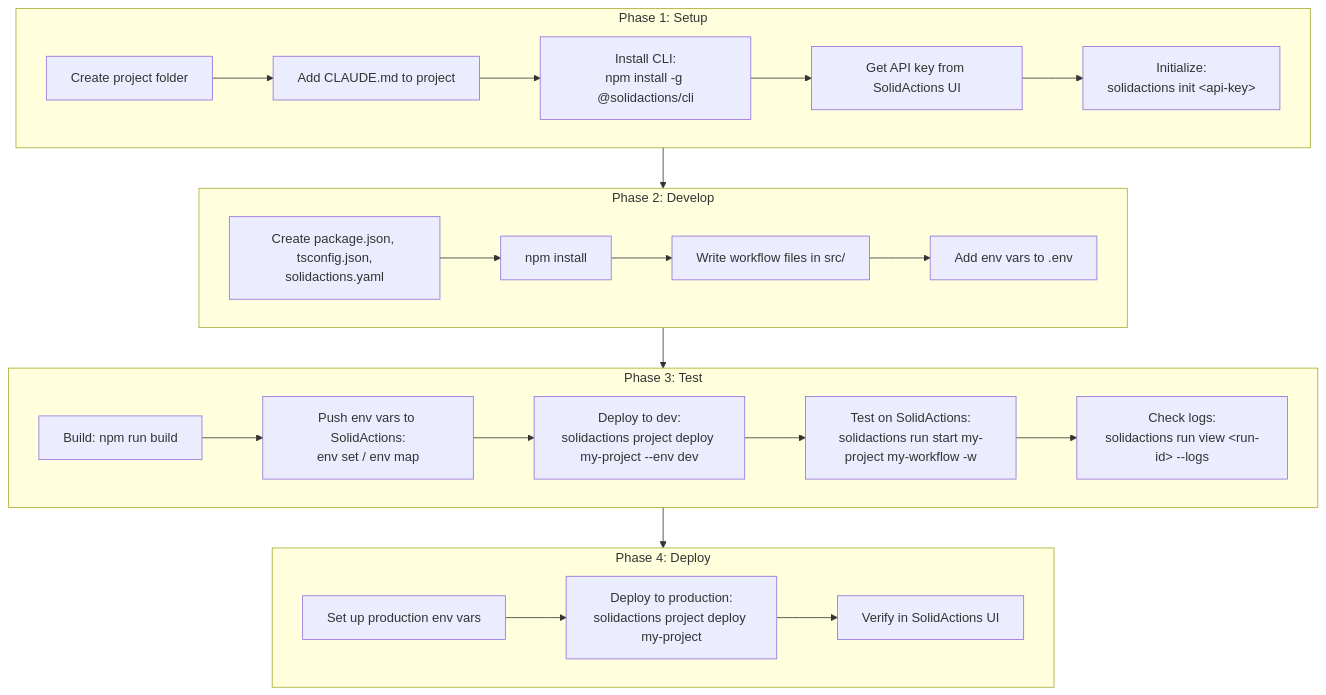
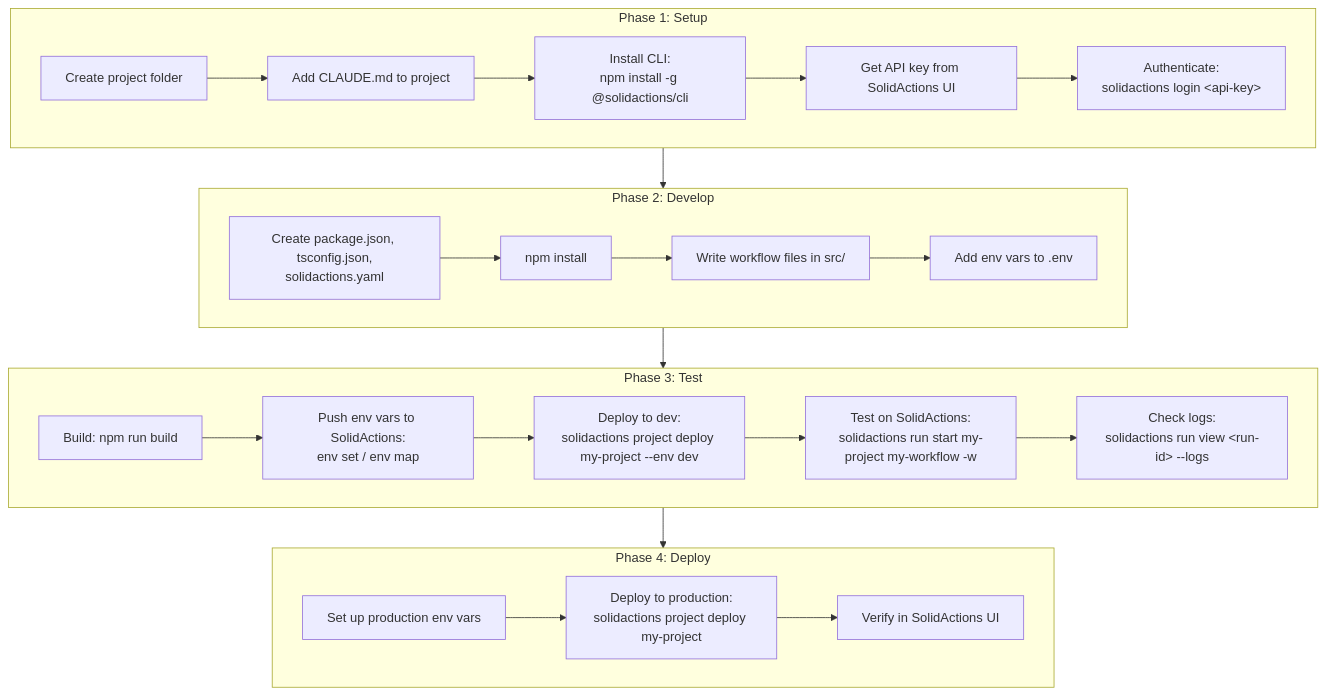
Before and after one commit to SolidActions/solidactions-examples: the diagram in workflow.md, drawn with Mermaid. The commit also changed other lines of this file and 1 other file, not shown here.

Commit message:
docs: update README + workflow.md for CLI 1.7.x rename (init → login)
Quick Start in README showed `solidactions init <your-api-key>` for
CLI auth — now `solidactions login <your-api-key>`. workflow.md Phase
1 diagram + prose updated to match (Authenticate, not Initialize).

Broader staleness in workflow.md Phase 1 step 2 ("Add CLAUDE.md") and
Phase 2 step 1 ("Create config files") remains — those are manual
steps that `solidactions init <dir>` now does in one command. Deferred
to a separate workflow.md rewrite.

````diff
--- a/workflow.md
+++ b/workflow.md
@@ -5,31 +5,31 @@
 ```mermaid
 graph TD
     subgraph Setup["Phase 1: Setup"]
         S1[Create project folder] --> S2[Add CLAUDE.md to project]
         S2 --> S3["Install CLI:<br/>npm install -g @solidactions/cli"]
         S3 --> S4[Get API key from SolidActions UI]
-        S4 --> S5["Initialize:<br/>solidactions init &lt;api-key&gt;"]
+        S4 --> S5["Authenticate:<br/>solidactions login &lt;api-key&gt;"]
     end
 
     subgraph Develop["Phase 2: Develop"]
         D1["Create package.json, tsconfig.json,<br/>solidactions.yaml"] --> D2["npm install"]
         D2 --> D3["Write workflow files in src/"]
         D3 --> D4["Add env vars to .env"]
     end
 
     subgraph Test["Phase 3: Test"]
         T1["Build: npm run build"] --> T2["Push env vars to SolidActions:<br/>env set / env map"]
         T2 --> T3["Deploy to dev:<br/>solidactions project deploy my-project --env dev"]
         T3 --> T4["Test on SolidActions:<br/>solidactions run start my-project my-workflow -w"]
         T4 --> T5["Check logs:<br/>solidactions run view &lt;run-id&gt; --logs"]
     end
 
     subgraph Deploy["Phase 4: Deploy"]
         P1[Set up production env vars] --> P2["Deploy to production:<br/>solidactions project deploy my-project"]
         P2 --> P3[Verify in SolidActions UI]
     end
 
     Setup --> Develop
     Develop --> Test
     Test --> Deploy
 ```
````
